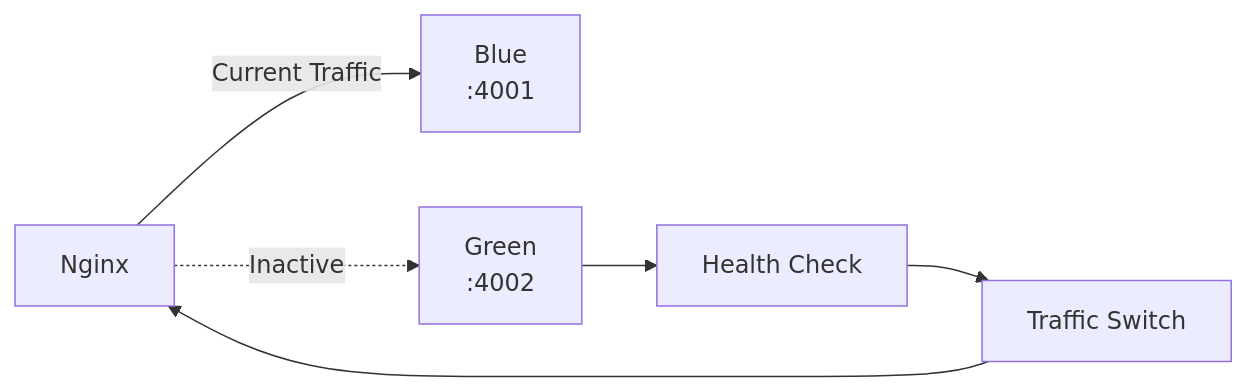
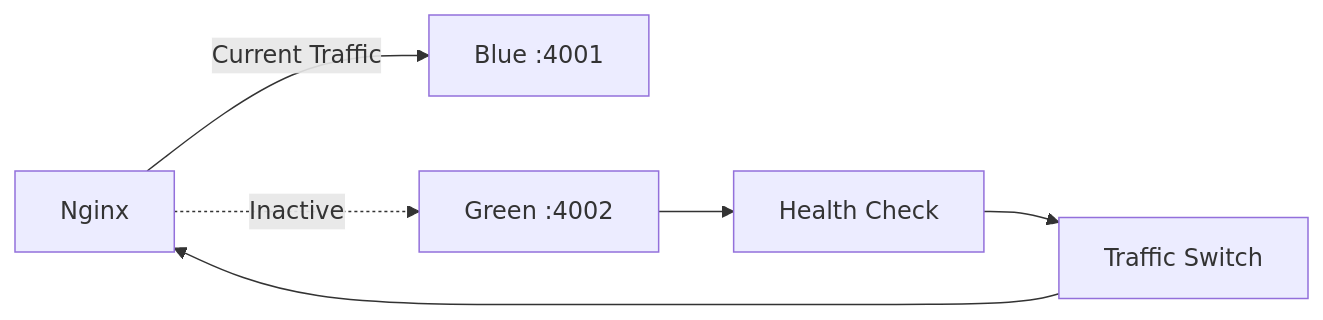
One commit to hammadqureshi31/innova360-production-engineering changed the third of 6 diagrams in README.md. Above: the diagram before and after it, drawn with Mermaid. The commit also changed other lines of this file, not shown here.

````diff
--- a/README.md
+++ b/README.md
@@ -485,14 +273,6 @@
-```mermaid id="m4w7sx"
+```mermaid
 flowchart LR
-    Nginx["Nginx"]
-
-    Blue["Blue<br/>:4001"]
-    Green["Green<br/>:4002"]
-
-    Nginx -->|Current Traffic| Blue
-    Nginx -.->|Inactive| Green
-
-    Green --> Health["Health Check"]
-    Health --> Switch["Traffic Switch"]
-    Switch --> Nginx
+    Nginx["Nginx"] -->|Current Traffic| Blue["Blue :4001"]
+    Nginx -.->|Inactive| Green["Green :4002"]
+    Green --> Health["Health Check"] --> Switch["Traffic Switch"] --> Nginx
 ```
````
